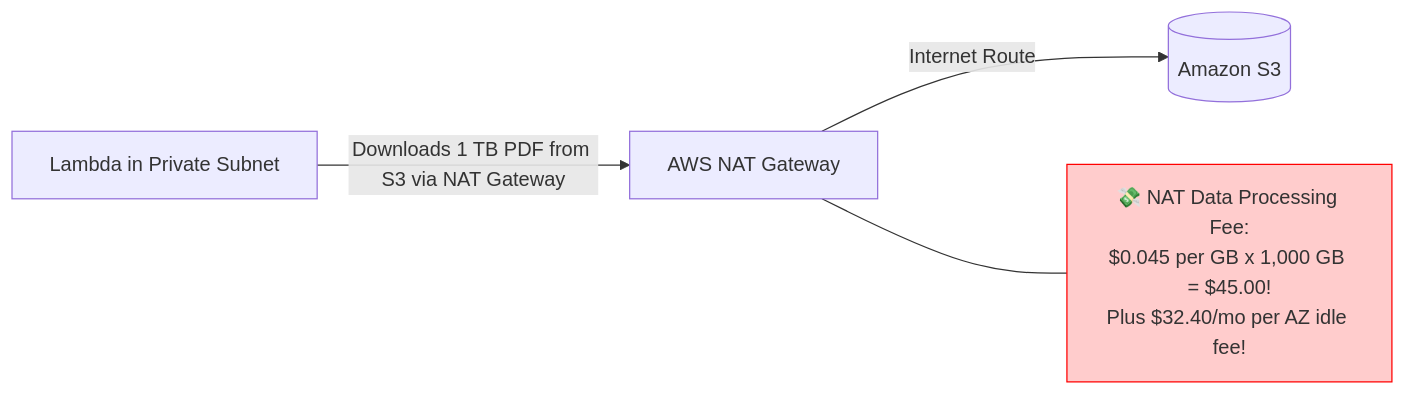
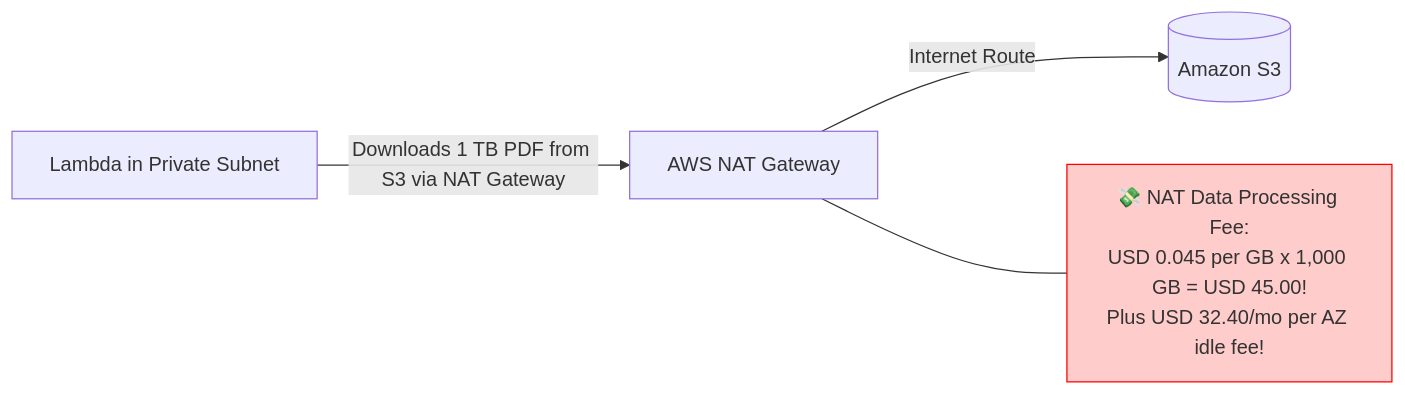
Before and after one commit to phanidharguttikonda0/Paatam: diagram 14 of 26 in MASTER_SYSTEM_ARCHITECTURE_AND_DEVOPS_GUIDE.md, drawn with Mermaid. The commit also changed other lines of this file, not shown here.

Commit message:
fix(docs): resolve GitHub Mermaid diagram parse errors across all subgraphs and sequence diagrams

````diff
--- a/MASTER_SYSTEM_ARCHITECTURE_AND_DEVOPS_GUIDE.md
+++ b/MASTER_SYSTEM_ARCHITECTURE_AND_DEVOPS_GUIDE.md
@@ -786,10 +788,10 @@
 ```mermaid
 flowchart LR
     A["Lambda in Private Subnet"] -->|"Downloads 1 TB PDF from S3 via NAT Gateway"| B["AWS NAT Gateway"]
     B -->|"Internet Route"| C[("Amazon S3")]
     
-    Fee["💸 NAT Data Processing Fee:<br/>$0.045 per GB x 1,000 GB = $45.00!<br/>Plus $32.40/mo per AZ idle fee!"]
+    Fee["💸 NAT Data Processing Fee:<br/>USD 0.045 per GB x 1,000 GB = USD 45.00!<br/>Plus USD 32.40/mo per AZ idle fee!"]
     B --- Fee
 
     style Fee fill:#ffcccc,stroke:#ff0000
 ```
````
